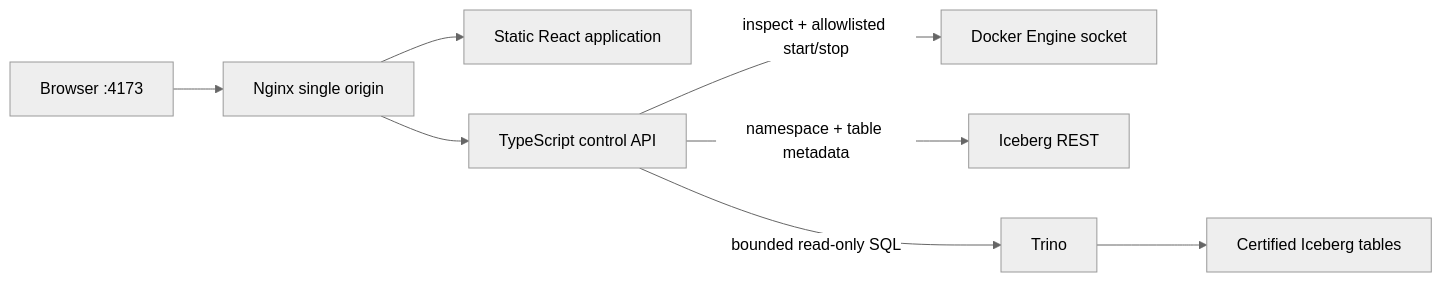
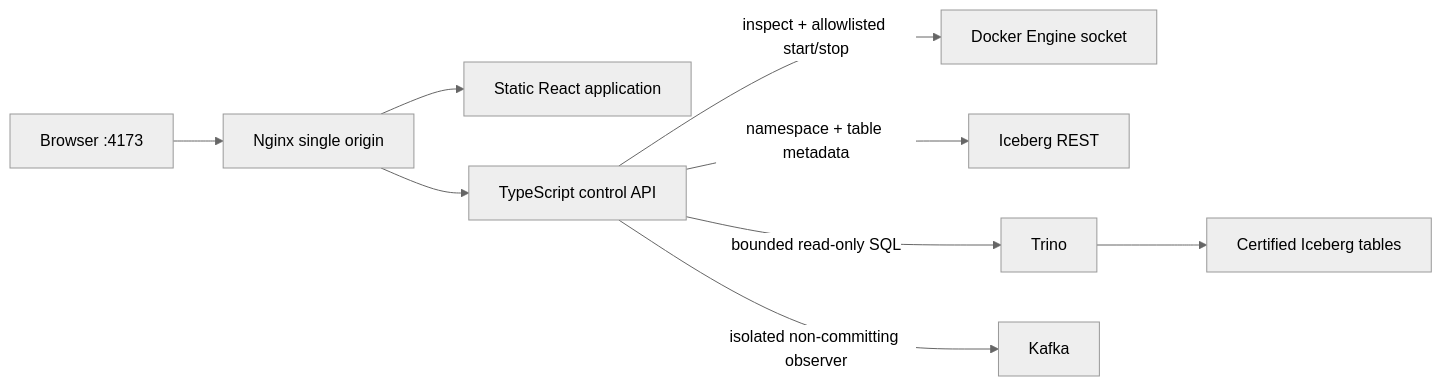
Before and after one commit to acilione/marketplace_lakehouse: the fourth of 4 diagrams in README.md, drawn with Mermaid (neutral theme). The commit also changed other lines of this file and 18 other files, not shown here.

Commit message:
feat: add Kafka observer and local access guide

````diff
--- a/README.md
+++ b/README.md
@@ -354,10 +385,11 @@
 ```mermaid
 flowchart LR
     B[Browser :4173] --> N[Nginx single origin]
     N --> S[Static React application]
     N --> API[TypeScript control API]
     API -->|inspect + allowlisted start/stop| D[Docker Engine socket]
     API -->|namespace + table metadata| I[Iceberg REST]
     API -->|bounded read-only SQL| T[Trino]
+    API -->|isolated non-committing observer| K[Kafka]
     T --> C[Certified Iceberg tables]
 ```
````
